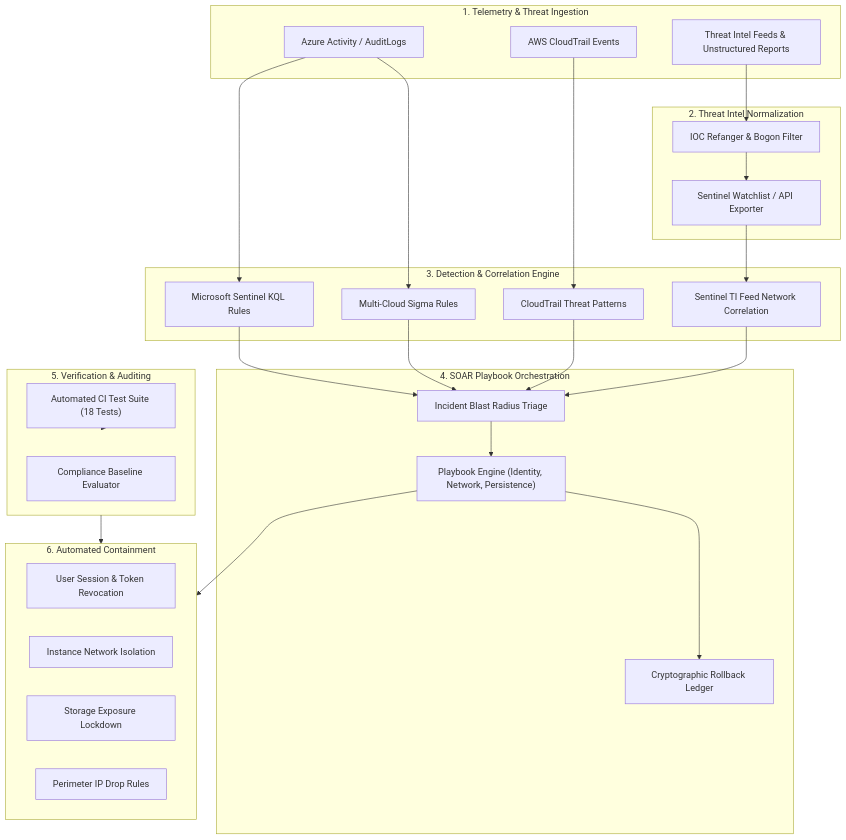
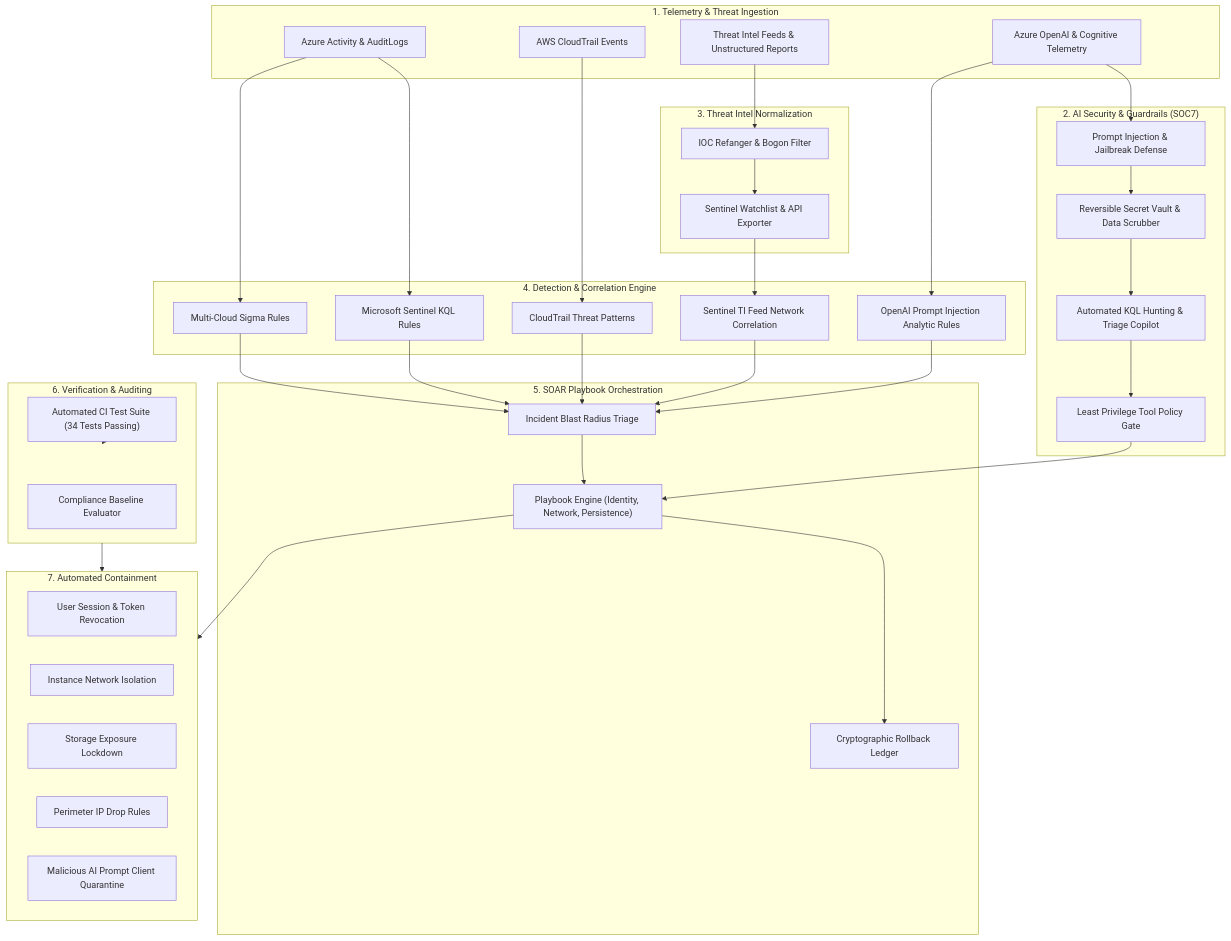
Before and after one commit to pulkitrais/cloud-security-sentinel-suite: the diagram in README.md, drawn with Mermaid. The commit also changed other lines of this file and 6 other files, not shown here.

First line of the commit message:
feat(ai-security): add SOC7 LLM guardrails engine, prompt injection KQL, and Sigma rules

````diff
--- a/README.md
+++ b/README.md
@@ -9,51 +9,65 @@
 ```mermaid
 flowchart TD
     subgraph Ingestion ["1. Telemetry & Threat Ingestion"]
-        AZ_LOGS["Azure Activity / AuditLogs"]
+        AZ_LOGS["Azure Activity & AuditLogs"]
         AWS_LOGS["AWS CloudTrail Events"]
         TI_FEEDS["Threat Intel Feeds & Unstructured Reports"]
+        AI_TELEMETRY["Azure OpenAI & Cognitive Telemetry"]
     end
 
-    subgraph Parsing ["2. Threat Intel Normalization"]
-        PARSER["IOC Refanger & Bogon Filter"]
-        WATCHLIST["Sentinel Watchlist / API Exporter"]
+    subgraph AISec ["2. AI Security & Guardrails (SOC7)"]
+        INJ_DEFENSE["Prompt Injection & Jailbreak Defense"]
+        SECRET_SCRUB["Reversible Secret Vault & Data Scrubber"]
+        TOOL_GATE["Least Privilege Tool Policy Gate"]
+        SOC7_TRIAGE["Automated KQL Hunting & Triage Copilot"]
     end
 
-    subgraph Detection ["3. Detection & Correlation Engine"]
+    subgraph Parsing ["3. Threat Intel Normalization"]
+        PARSER["IOC Refanger & Bogon Filter"]
+        WATCHLIST["Sentinel Watchlist & API Exporter"]
+    end
+
+    subgraph Detection ["4. Detection & Correlation Engine"]
         KQL["Microsoft Sentinel KQL Rules"]
         SIGMA["Multi-Cloud Sigma Rules"]
         CT_RULES["CloudTrail Threat Patterns"]
+        AI_RULES["OpenAI Prompt Injection Analytic Rules"]
         TI_CORR["Sentinel TI Feed Network Correlation"]
     end
 
-    subgraph SOAR ["4. SOAR Playbook Orchestration"]
+    subgraph SOAR ["5. SOAR Playbook Orchestration"]
         TRIAGE["Incident Blast Radius Triage"]
         PLAYBOOKS["Playbook Engine (Identity, Network, Persistence)"]
         ROLLBACK["Cryptographic Rollback Ledger"]
     end
 
-    subgraph Evaluation ["5. Verification & Auditing"]
+    subgraph Evaluation ["6. Verification & Auditing"]
         CIS["Compliance Baseline Evaluator"]
-        TESTS["Automated CI Test Suite (18 Tests)"]
+        TESTS["Automated CI Test Suite (34 Tests Passing)"]
     end
 
-    subgraph Response ["6. Automated Containment"]
+    subgraph Response ["7. Automated Containment"]
         TOKEN_REVOKE["User Session & Token Revocation"]
         QUARANTINE["Instance Network Isolation"]
         STORAGE_FIX["Storage Exposure Lockdown"]
         FIREWALL_BLOCK["Perimeter IP Drop Rules"]
+        AI_QUARANTINE["Malicious AI Prompt Client Quarantine"]
     end
 
     TI_FEEDS --> PARSER --> WATCHLIST --> TI_CORR
+    AI_TELEMETRY --> INJ_DEFENSE --> SECRET_SCRUB --> SOC7_TRIAGE
     AZ_LOGS --> KQL
     AZ_LOGS --> SIGMA
     AWS_LOGS --> CT_RULES
+    AI_TELEMETRY --> AI_RULES
     KQL --> TRIAGE
     SIGMA --> TRIAGE
     CT_RULES --> TRIAGE
+    AI_RULES --> TRIAGE
     TI_CORR --> TRIAGE
+    SOC7_TRIAGE --> TOOL_GATE --> PLAYBOOKS
     TRIAGE --> PLAYBOOKS --> Response
     PLAYBOOKS --> ROLLBACK
     Evaluation --> Response
     TESTS --> Evaluation
 ```
````
